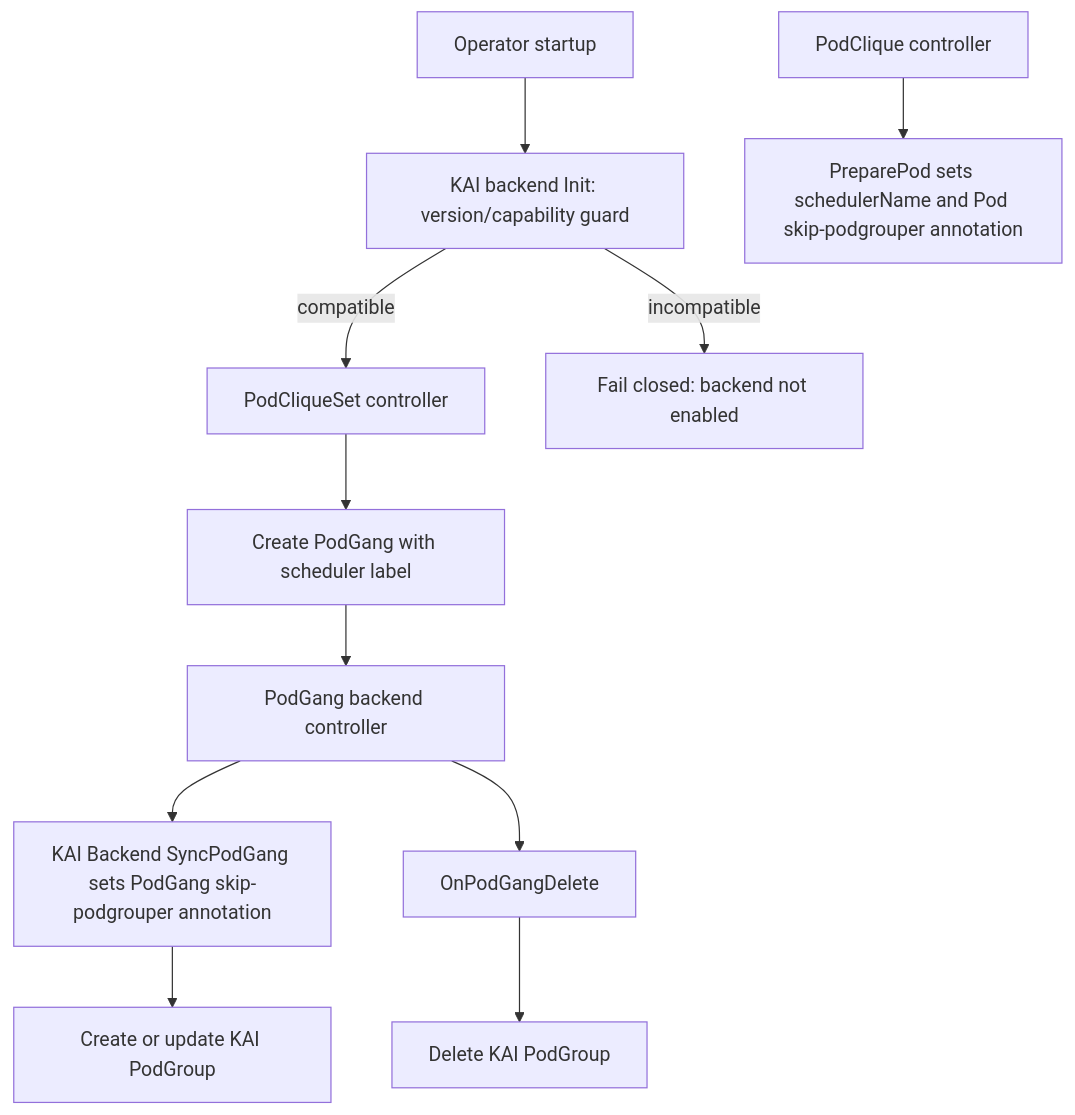
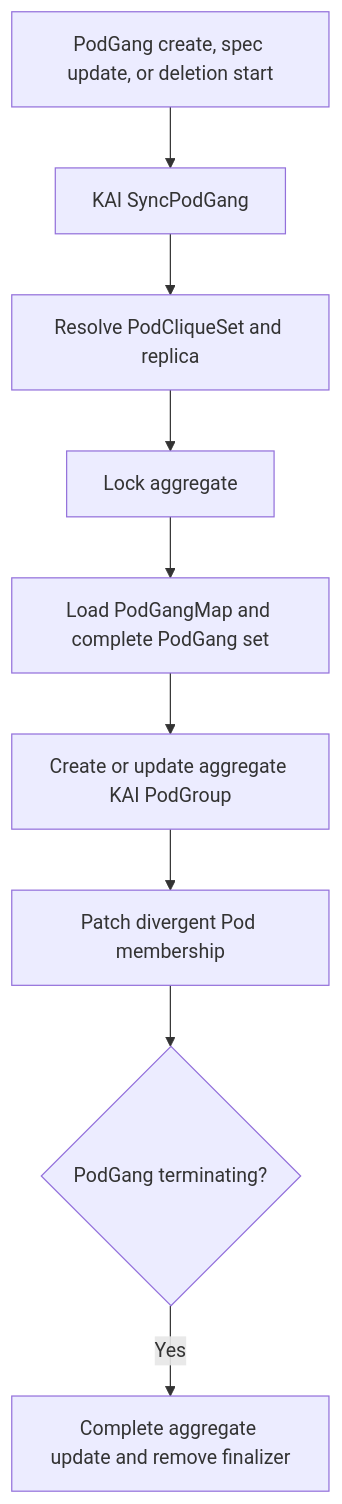
Before and after one commit to ai-dynamo/grove: the diagram in docs/proposals/525-KAI-Scheduler-Backend/README.md, drawn with Mermaid. The commit also changed other lines of this file and 1 other file, not shown here.

Commit message:
docs: redesign KAI aggregate PodGroup reconciliation

````diff
--- a/docs/proposals/525-KAI-Scheduler-Backend/README.md
+++ b/docs/proposals/525-KAI-Scheduler-Backend/README.md
@@ -117,13 +125,11 @@
 ```mermaid
 flowchart TD
-    A[Operator startup] --> B[KAI backend Init: version/capability guard]
-    B -->|compatible| G[PodCliqueSet controller]
-    B -->|incompatible| X[Fail closed: backend not enabled]
-    G[PodCliqueSet controller] --> H[Create PodGang with scheduler label]
-    I[PodClique controller] --> J[PreparePod sets schedulerName and Pod skip-podgrouper annotation]
-    H --> K[PodGang backend controller]
-    K --> L[KAI Backend SyncPodGang sets PodGang skip-podgrouper annotation]
-    L --> M[Create or update KAI PodGroup]
-    K --> O[OnPodGangDelete]
-    O --> P[Delete KAI PodGroup]
+    A[PodGang create, spec update, or deletion start] --> B[KAI SyncPodGang]
+    B --> C[Resolve PodCliqueSet and replica]
+    C --> D[Lock aggregate]
+    D --> E[Load PodGangMap and complete PodGang set]
+    E --> F[Create or update aggregate KAI PodGroup]
+    F --> G[Patch divergent Pod membership]
+    G --> H{PodGang terminating?}
+    H -->|Yes| I[Complete aggregate update and remove finalizer]
 ```
````
